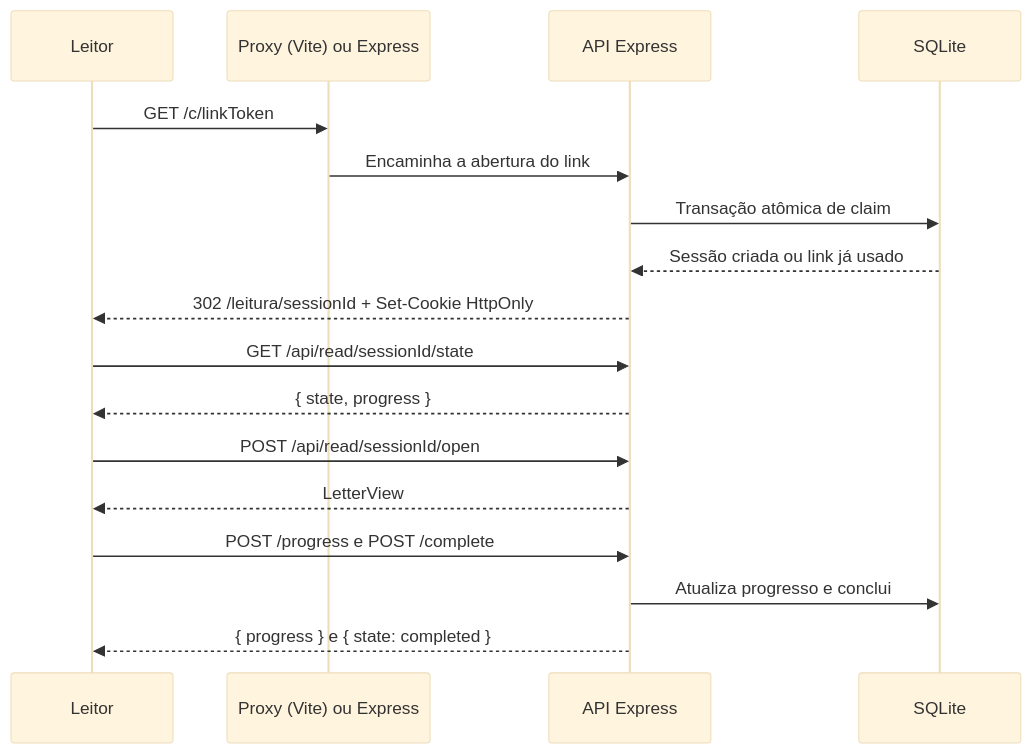
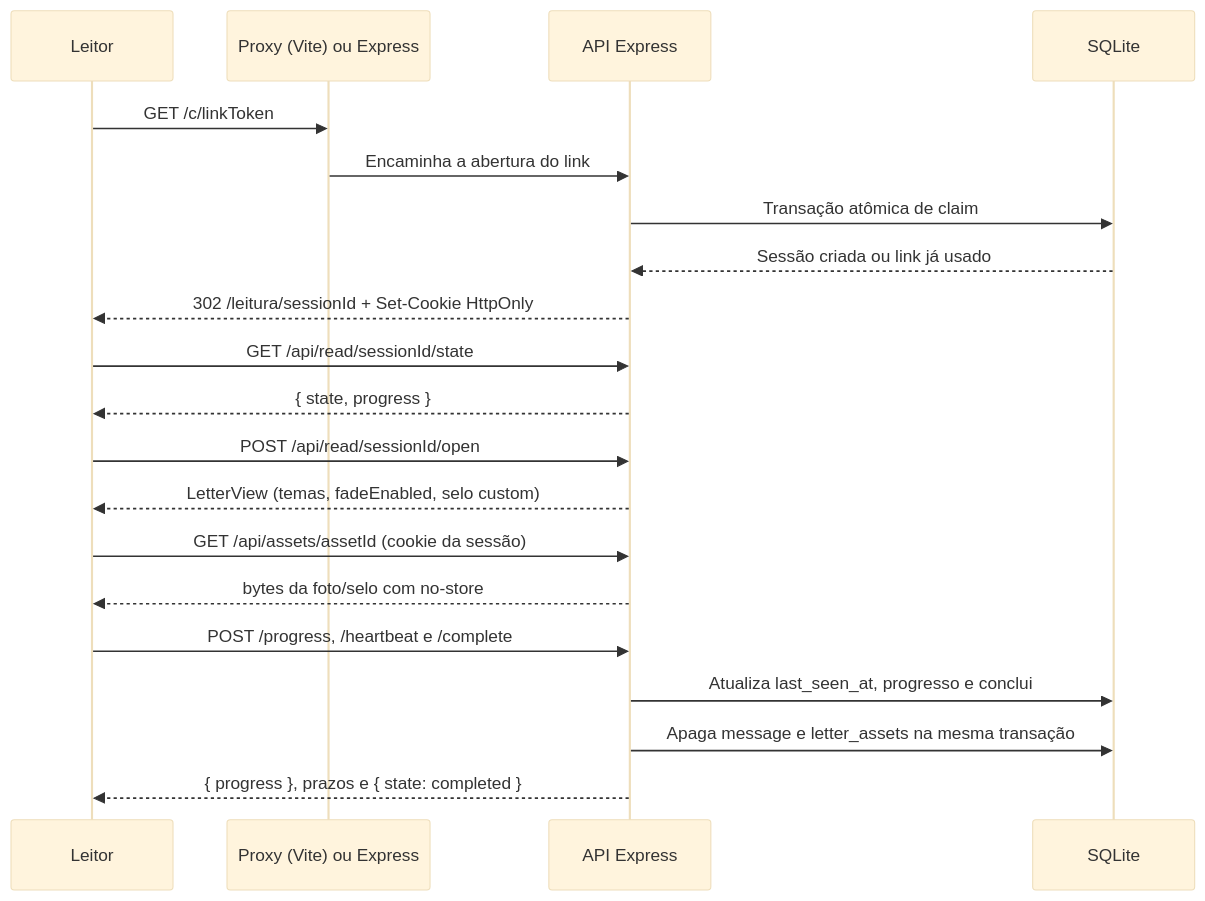
The diagram in docs/architecture.md (nataliaperrialuno-hue/entrelinhas), drawn with Mermaid (base theme) before and after one commit. The commit also changed other lines of this file and 9 other files, not shown here.

Commit message:
docs: contratos de assets/prazos, ADR 0004 e cobertura E2E

````diff
--- a/docs/architecture.md
+++ b/docs/architecture.md
@@ -19,20 +19,23 @@
 ```mermaid
 sequenceDiagram
     participant L as Leitor
     participant P as Proxy (Vite) ou Express
     participant A as API Express
     participant D as SQLite
 
     L->>P: GET /c/linkToken
     P->>A: Encaminha a abertura do link
     A->>D: Transação atômica de claim
     D-->>A: Sessão criada ou link já usado
     A-->>L: 302 /leitura/sessionId + Set-Cookie HttpOnly
     L->>A: GET /api/read/sessionId/state
     A-->>L: { state, progress }
     L->>A: POST /api/read/sessionId/open
-    A-->>L: LetterView
-    L->>A: POST /progress e POST /complete
-    A->>D: Atualiza progresso e conclui
-    A-->>L: { progress } e { state: completed }
+    A-->>L: LetterView (temas, fadeEnabled, selo custom)
+    L->>A: GET /api/assets/assetId (cookie da sessão)
+    A-->>L: bytes da foto/selo com no-store
+    L->>A: POST /progress, /heartbeat e /complete
+    A->>D: Atualiza last_seen_at, progresso e conclui
+    A->>D: Apaga message e letter_assets na mesma transação
+    A-->>L: { progress }, prazos e { state: completed }
 ```
````
